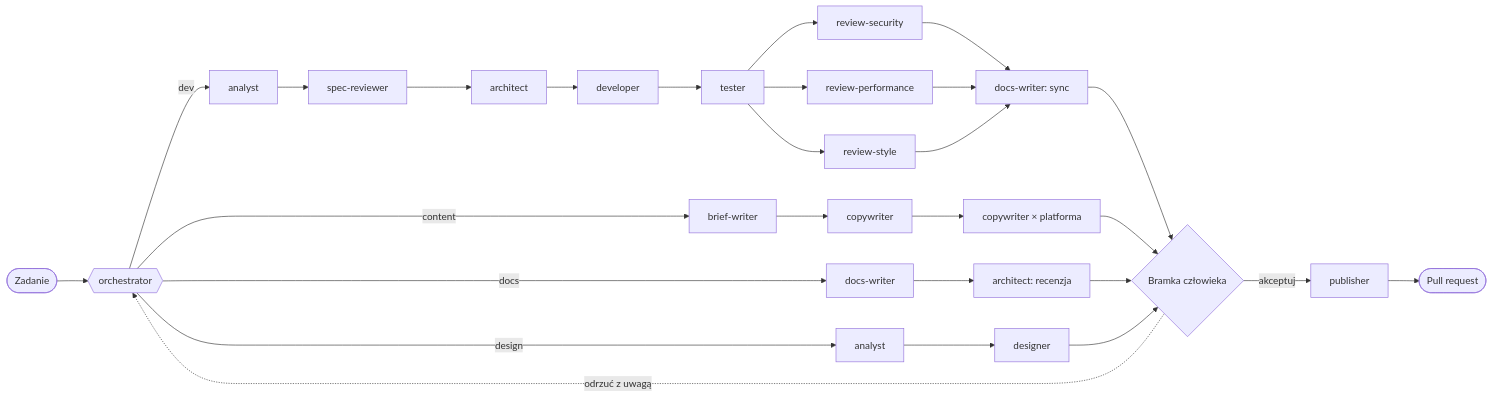
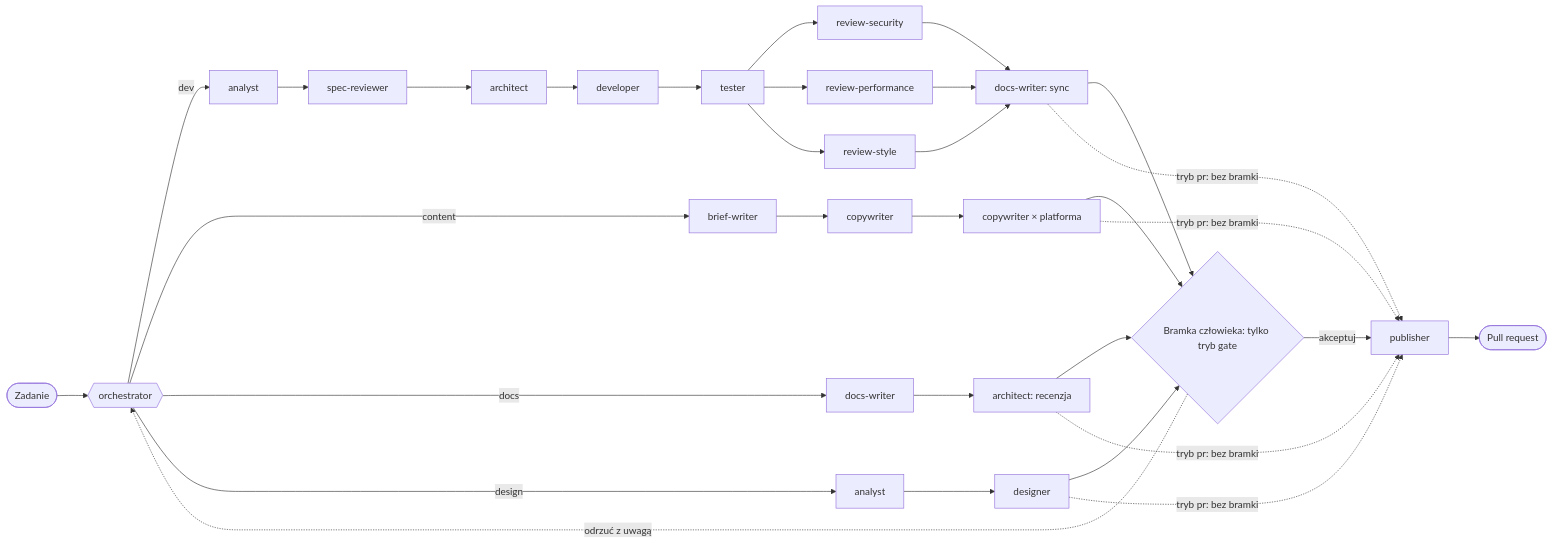
The diagram in README.pl.md (luk98j/agent-factory), drawn with Mermaid before and after one commit. The commit also changed other lines of this file and 4 other files, not shown here.

````diff
--- a/README.pl.md
+++ b/README.pl.md
@@ -17,12 +17,13 @@
 ```mermaid
 flowchart LR
   U([Zadanie]) --> O{{orchestrator}}
   O -->|dev| A1[analyst] --> SR[spec-reviewer] --> AR[architect] --> D[developer] --> T[tester]
   T --> RS[review-security] & RP[review-performance] & RY[review-style]
-  RS & RP & RY --> DSY[docs-writer: sync] --> G{Bramka człowieka}
+  RS & RP & RY --> DSY[docs-writer: sync] --> G{Bramka człowieka: tylko tryb gate}
   O -->|content| BW[brief-writer] --> CW[copywriter] --> CA[copywriter × platforma] --> G
   O -->|docs| DW[docs-writer] --> AD[architect: recenzja] --> G
   O -->|design| A2[analyst] --> DS[designer] --> G
   G -->|akceptuj| P[publisher] --> PR([Pull request])
+  DSY & CA & AD & DS -.->|tryb pr: bez bramki| P
   G -.->|odrzuć z uwagą| O
 ```
````
